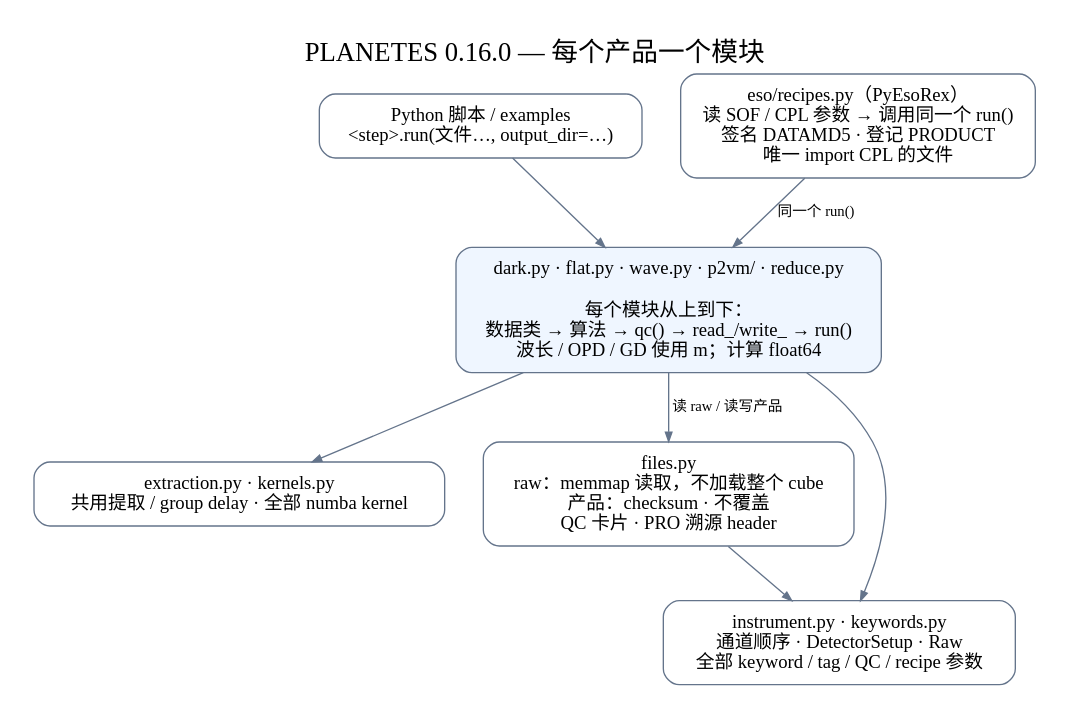
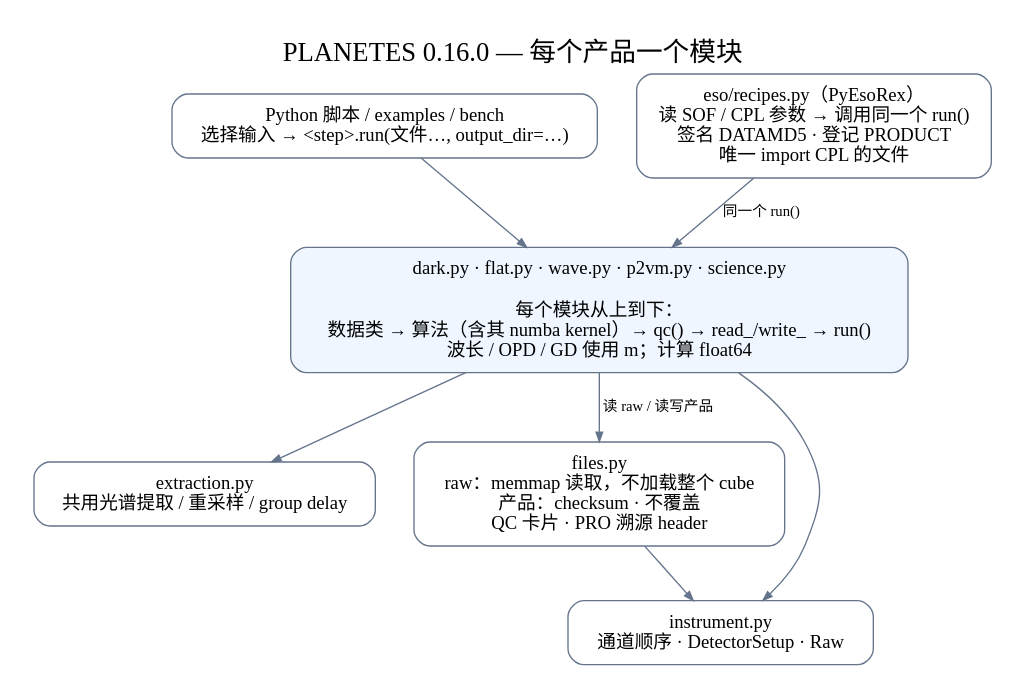
The diagram in docs/architecture.dot (zexwu/planetes_pipe), drawn with Graphviz before and after one commit. The commit also changed 34 other files, not shown here.

First line of the commit message:
Flatten the package to the five steps plus a few shared modules

```diff
--- a/docs/architecture.dot
+++ b/docs/architecture.dot
@@ -1,18 +1,18 @@
 digraph Architecture {
   graph [rankdir=TB, bgcolor="white", pad=0.25, nodesep=0.4, ranksep=0.55, fontname="PingFang SC", fontsize=20, label="PLANETES 0.16.0 — 每个产品一个模块", labelloc=t];
   node [shape=box, style="rounded", fontname="PingFang SC", fontsize=14, color="#64748b", margin="0.16,0.12"];
   edge [fontname="PingFang SC", fontsize=11, color="#64748b", arrowsize=0.7];
-  python [label="Python 脚本 / examples\n<step>.run(文件…, output_dir=…)"];
+  python [label="Python 脚本 / examples / bench\n选择输入 → <step>.run(文件…, output_dir=…)"];
   recipes [label="eso/recipes.py（PyEsoRex）\n读 SOF / CPL 参数 → 调用同一个 run()\n签名 DATAMD5 · 登记 PRODUCT\n唯一 import CPL 的文件"];
-  steps [label="dark.py · flat.py · wave.py · p2vm/ · reduce.py\n\n每个模块从上到下：\n数据类 → 算法 → qc() → read_/write_ → run()\n波长 / OPD / GD 使用 m；计算 float64", style="rounded,filled", fillcolor="#eff6ff"];
-  shared [label="extraction.py · kernels.py\n共用提取 / group delay · 全部 numba kernel"];
+  steps [label="dark.py · flat.py · wave.py · p2vm.py · science.py\n\n每个模块从上到下：\n数据类 → 算法（含其 numba kernel）→ qc() → read_/write_ → run()\n波长 / OPD / GD 使用 m；计算 float64", style="rounded,filled", fillcolor="#eff6ff"];
+  shared [label="extraction.py\n共用光谱提取 / 重采样 / group delay"];
   files [label="files.py\nraw：memmap 读取，不加载整个 cube\n产品：checksum · 不覆盖\nQC 卡片 · PRO 溯源 header"];
-  base [label="instrument.py · keywords.py\n通道顺序 · DetectorSetup · Raw\n全部 keyword / tag / QC / recipe 参数"];
+  base [label="instrument.py\n通道顺序 · DetectorSetup · Raw"];
   {rank=same; python; recipes;}
   python -> steps;
   recipes -> steps [label="同一个 run()"];
   steps -> shared;
   steps -> files [label="读 raw / 读写产品"];
   files -> base;
   steps -> base;
 }
```
